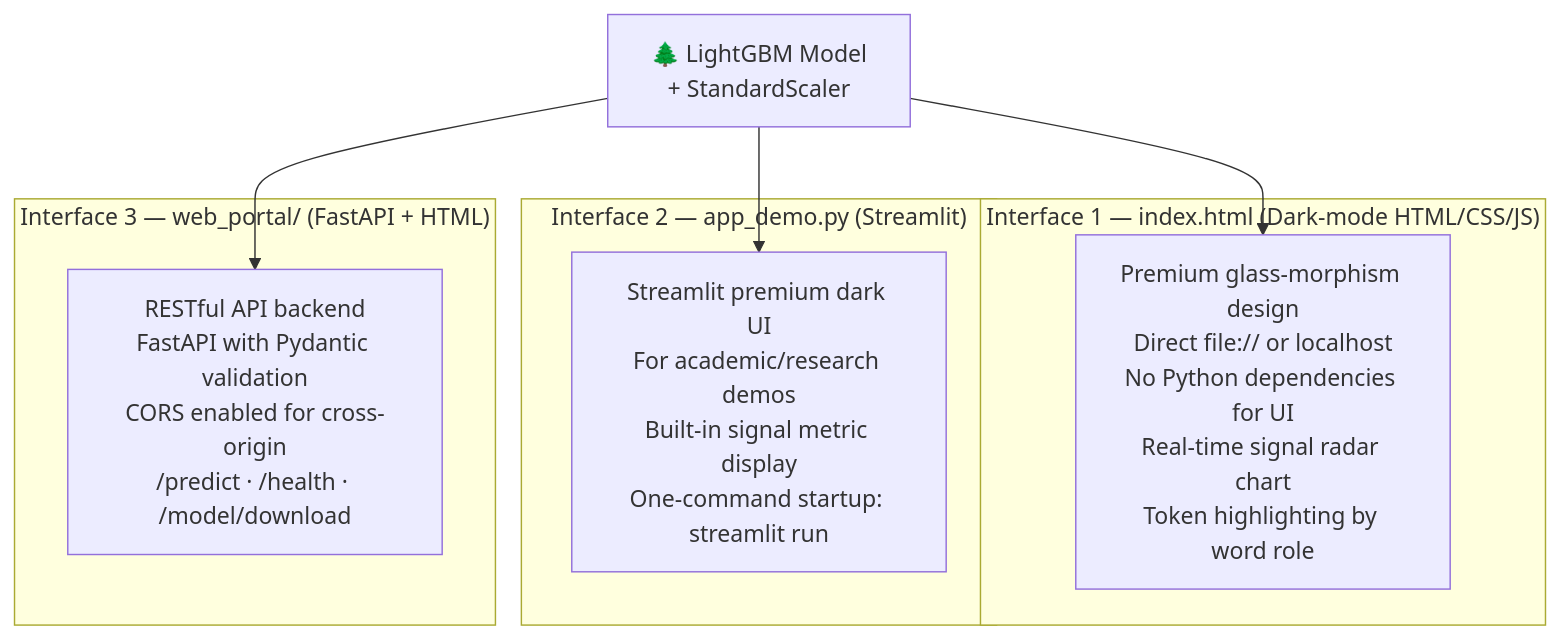
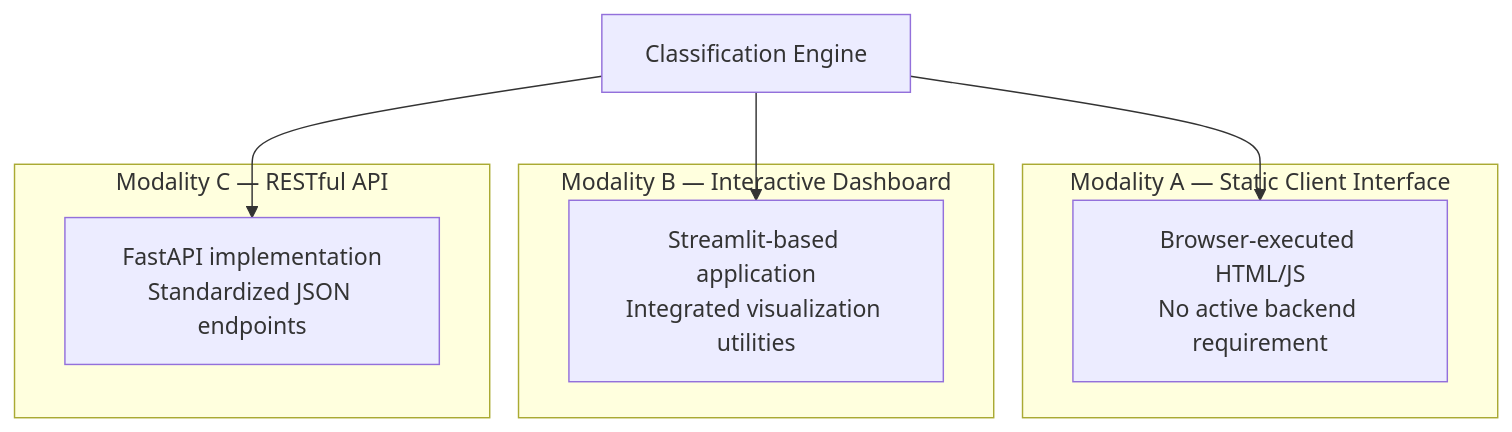
One commit to yogeshravi19/cliniguard changed diagram 16 of 19 in CLINIGUARD_Project_Documentation_Report.md. Above: the diagram before and after it, drawn with Mermaid. The commit also changed other lines of this file and 1 other file, not shown here.

````diff
--- a/CLINIGUARD_Project_Documentation_Report.md
+++ b/CLINIGUARD_Project_Documentation_Report.md
@@ -809,16 +708,16 @@
 ```mermaid
 flowchart TD
-    subgraph "Interface 1 — index.html (Dark-mode HTML/CSS/JS)"
-        I1A["Premium glass-morphism design\nDirect file:// or localhost\nNo Python dependencies for UI\nReal-time signal radar chart\nToken highlighting by word role"]
+    subgraph "Modality A — Static Client Interface"
+        I1A["Browser-executed HTML/JS\nNo active backend requirement"]
     end
-    subgraph "Interface 2 — app_demo.py (Streamlit)"
-        I2A["Streamlit premium dark UI\nFor academic/research demos\nBuilt-in signal metric display\nOne-command startup: streamlit run"]
+    subgraph "Modality B — Interactive Dashboard"
+        I2A["Streamlit-based application\nIntegrated visualization utilities"]
     end
-    subgraph "Interface 3 — web_portal/ (FastAPI + HTML)"
-        I3A["RESTful API backend\nFastAPI with Pydantic validation\nCORS enabled for cross-origin\n/predict · /health · /model/download"]
+    subgraph "Modality C — RESTful API"
+        I3A["FastAPI implementation\nStandardized JSON endpoints"]
     end
 
-    ML["🌲 LightGBM Model\n+ StandardScaler"] --> I1A
+    ML["Classification Engine"] --> I1A
     ML --> I2A
     ML --> I3A
 ```
````
